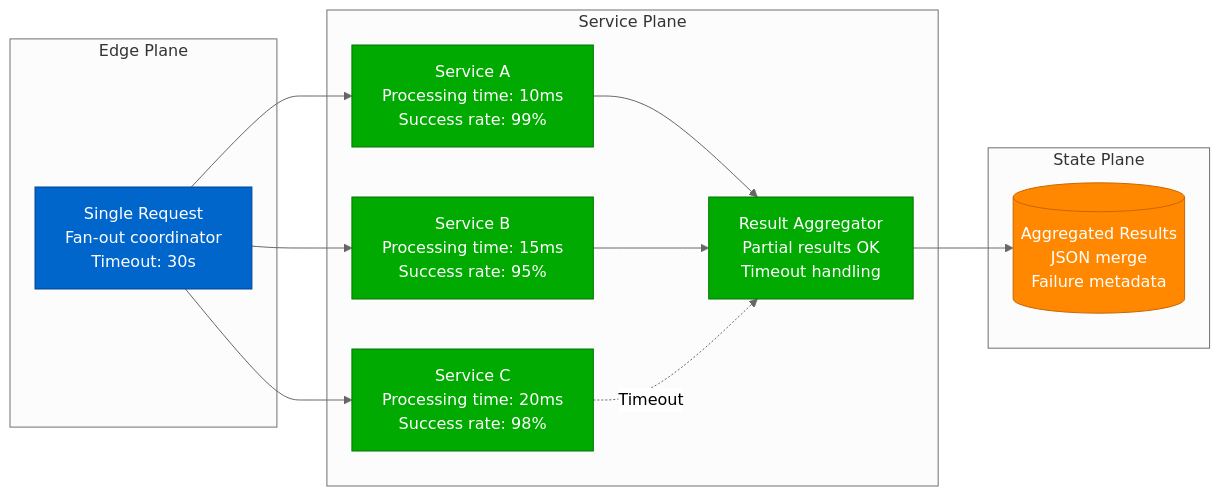
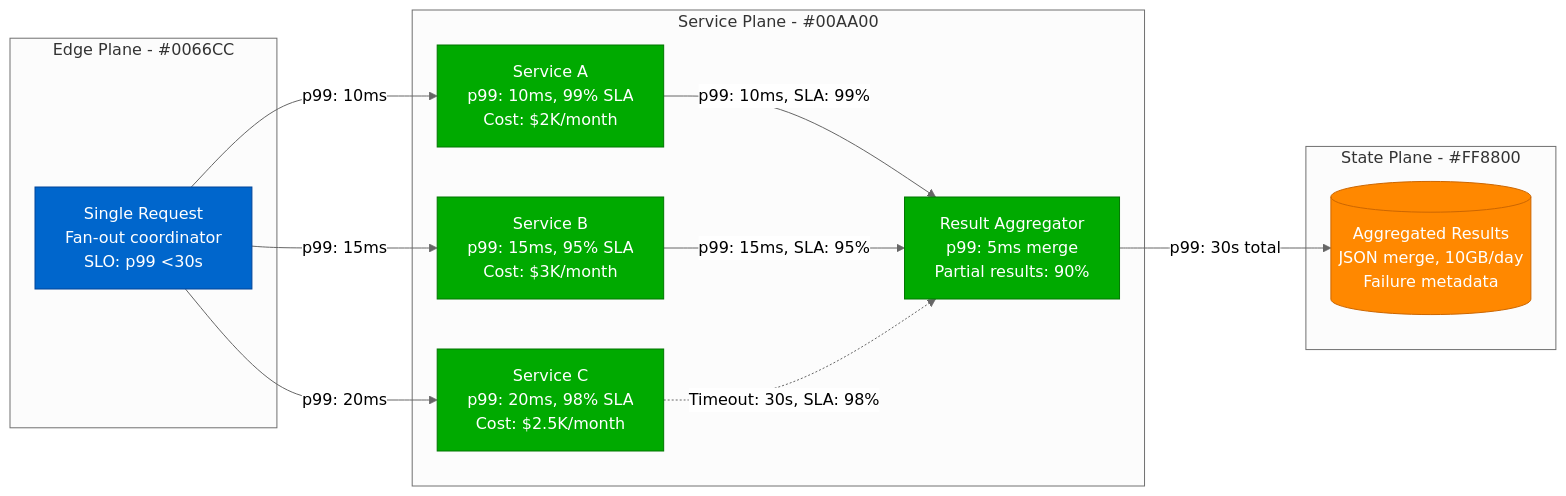
One commit to deepaucksharma/DS changed the eighth of 12 diagrams in site/docs/patterns/micro-patterns.md. Above: the diagram before and after it, drawn with Mermaid (neutral theme). The commit also changed other lines of this file and 108 other files, not shown here.

````diff
--- a/site/docs/patterns/micro-patterns.md
+++ b/site/docs/patterns/micro-patterns.md
@@ -513,36 +513,36 @@
 ```mermaid
 graph LR
-    subgraph EdgePlane[Edge Plane]
-        REQUEST[Single Request<br/>Fan-out coordinator<br/>Timeout: 30s]
+    subgraph EdgePlane[Edge Plane - #0066CC]
+        REQUEST[Single Request<br/>Fan-out coordinator<br/>SLO: p99 <30s]
     end
 
-    subgraph ServicePlane[Service Plane]
-        SERVICE1[Service A<br/>Processing time: 10ms<br/>Success rate: 99%]
-        SERVICE2[Service B<br/>Processing time: 15ms<br/>Success rate: 95%]
-        SERVICE3[Service C<br/>Processing time: 20ms<br/>Success rate: 98%]
-        AGGREGATOR[Result Aggregator<br/>Partial results OK<br/>Timeout handling]
+    subgraph ServicePlane[Service Plane - #00AA00]
+        SERVICE1[Service A<br/>p99: 10ms, 99% SLA<br/>Cost: $2K/month]
+        SERVICE2[Service B<br/>p99: 15ms, 95% SLA<br/>Cost: $3K/month]
+        SERVICE3[Service C<br/>p99: 20ms, 98% SLA<br/>Cost: $2.5K/month]
+        AGGREGATOR[Result Aggregator<br/>p99: 5ms merge<br/>Partial results: 90%]
     end
 
-    subgraph StatePlane[State Plane]
-        RESULTS[(Aggregated Results<br/>JSON merge<br/>Failure metadata)]
+    subgraph StatePlane[State Plane - #FF8800]
+        RESULTS[(Aggregated Results<br/>JSON merge, 10GB/day<br/>Failure metadata)]
     end
 
     %% Fan-out
-    REQUEST --> SERVICE1
-    REQUEST --> SERVICE2
-    REQUEST --> SERVICE3
+    REQUEST -->|p99: 10ms| SERVICE1
+    REQUEST -->|p99: 15ms| SERVICE2
+    REQUEST -->|p99: 20ms| SERVICE3
 
     %% Gather
-    SERVICE1 --> AGGREGATOR
-    SERVICE2 --> AGGREGATOR
-    SERVICE3 -.->|Timeout| AGGREGATOR
-    AGGREGATOR --> RESULTS
+    SERVICE1 -->|p99: 10ms, SLA: 99%| AGGREGATOR
+    SERVICE2 -->|p99: 15ms, SLA: 95%| AGGREGATOR
+    SERVICE3 -.->|Timeout: 30s, SLA: 98%| AGGREGATOR
+    AGGREGATOR -->|p99: 30s total| RESULTS
 
     classDef edgeStyle fill:#0066CC,stroke:#004499,color:#fff
     classDef serviceStyle fill:#00AA00,stroke:#007700,color:#fff
     classDef stateStyle fill:#FF8800,stroke:#CC6600,color:#fff
 
     class REQUEST edgeStyle
     class SERVICE1,SERVICE2,SERVICE3,AGGREGATOR serviceStyle
     class RESULTS stateStyle
 ```
````
